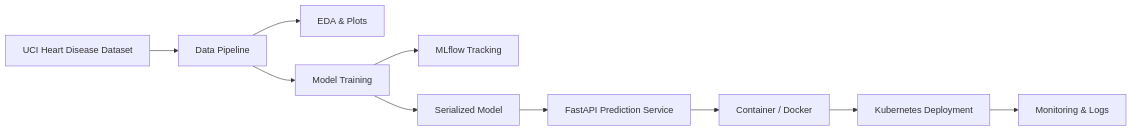
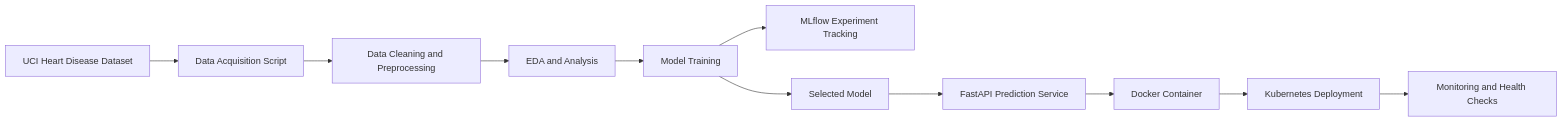
The diagram in docs/report.md (ashishverma11dec/MLOps-Assignment), drawn with Mermaid before and after one commit. The commit also changed other lines of this file and 1 other file, not shown here.

````diff
--- a/docs/report.md
+++ b/docs/report.md
@@ -48,12 +146,13 @@
 ```mermaid
 flowchart LR
-    A[UCI Heart Disease Dataset] --> B[Data Pipeline]
-    B --> C[EDA & Plots]
-    B --> D[Model Training]
-    D --> E[MLflow Tracking]
-    D --> F[Serialized Model]
-    F --> G[FastAPI Prediction Service]
-    G --> H[Container / Docker]
-    H --> I[Kubernetes Deployment]
-    I --> J[Monitoring & Logs]
+    A[UCI Heart Disease Dataset] --> B[Data Acquisition Script]
+    B --> C[Data Cleaning and Preprocessing]
+    C --> D[EDA and Analysis]
+    D --> E[Model Training]
+    E --> F[MLflow Experiment Tracking]
+    E --> G[Selected Model]
+    G --> H[FastAPI Prediction Service]
+    H --> I[Docker Container]
+    I --> J[Kubernetes Deployment]
+    J --> K[Monitoring and Health Checks]
 ```
````
